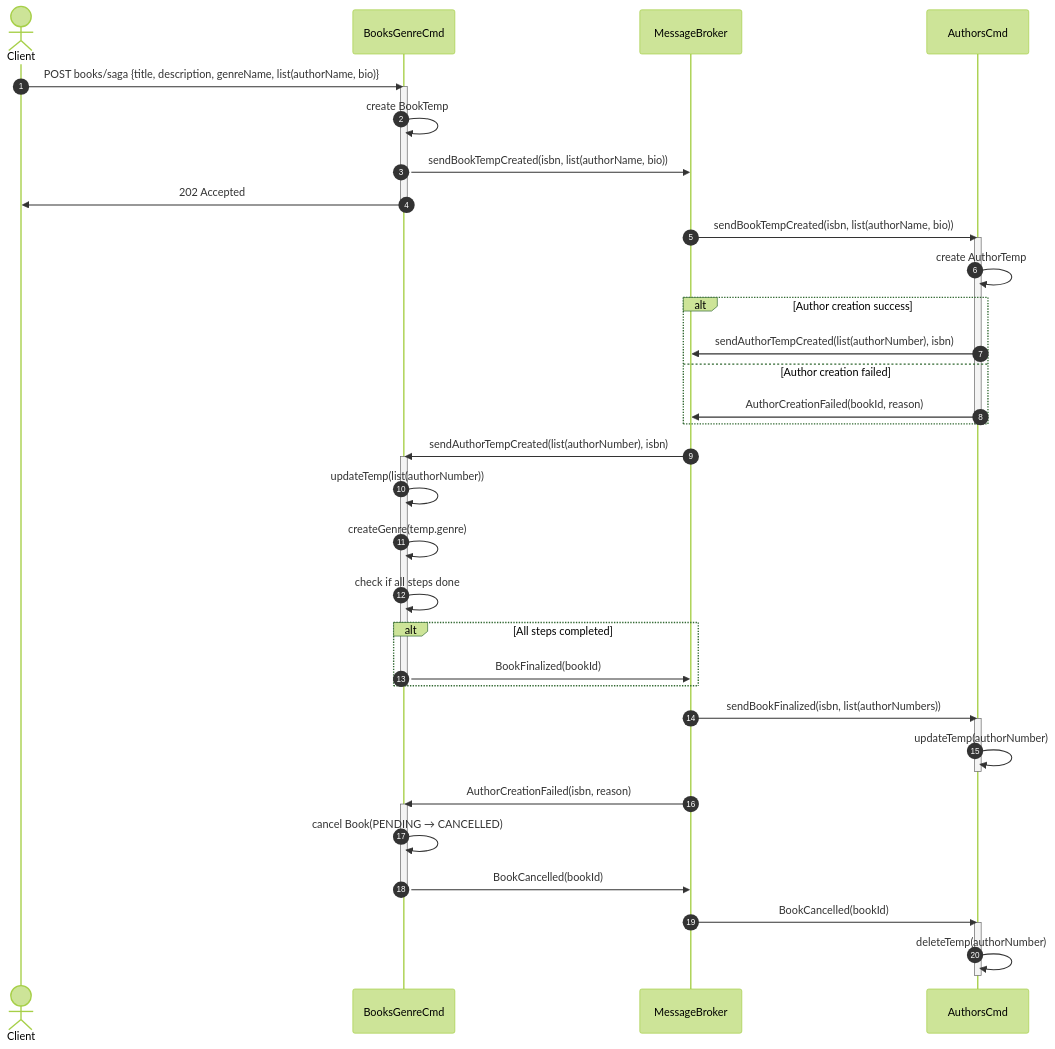
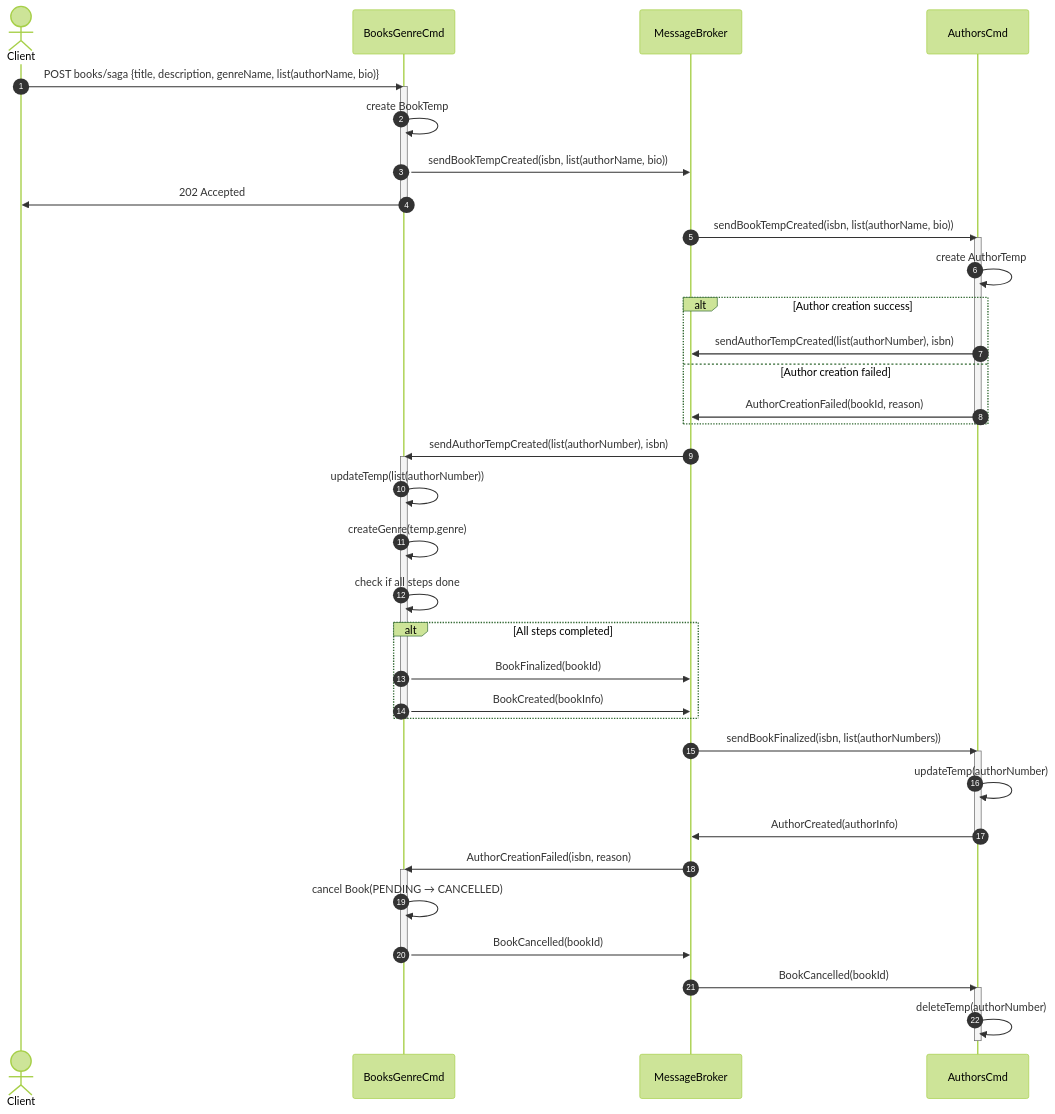
One commit to pfcosta02/mei-arqsoft-odsoft changed the diagram in Docs/ARQSOFT-Docs/Part2/ADD/US1.md. Above: the diagram before and after it, drawn with Mermaid (forest theme).

Commit message:
SD for US1 updated

````diff
--- a/Docs/ARQSOFT-Docs/Part2/ADD/US1.md
+++ b/Docs/ARQSOFT-Docs/Part2/ADD/US1.md
@@ -75,58 +75,60 @@
 ```mermaid
 sequenceDiagram
     autonumber
 
     actor Client
     participant BooksGenreCmd
     participant MessageBroker
     participant AuthorsCmd
 
     %% --- 1. Client triggers saga ---
     Client ->> BooksGenreCmd: POST books/saga {title, description, genreName, list(authorName, bio)}
     activate BooksGenreCmd
     BooksGenreCmd ->> BooksGenreCmd: create BookTemp
     BooksGenreCmd ->> MessageBroker: sendBookTempCreated(isbn, list(authorName, bio))
     BooksGenreCmd ->> Client: 202 Accepted
     deactivate BooksGenreCmd
 
     %% --- 2. AuthorsCmd reacts to BookRequested ---
     MessageBroker ->> AuthorsCmd: sendBookTempCreated(isbn, list(authorName, bio))
     activate AuthorsCmd
     AuthorsCmd ->> AuthorsCmd: create AuthorTemp
     alt Author creation success
         AuthorsCmd ->> MessageBroker: sendAuthorTempCreated(list(authorNumber), isbn)
     else Author creation failed
         AuthorsCmd ->> MessageBroker: AuthorCreationFailed(bookId, reason)
     end
     deactivate AuthorsCmd
 
     %% --- 4. BooksGenreCmd processes AuthorPendingCreated independently ---
     MessageBroker ->> BooksGenreCmd: sendAuthorTempCreated(list(authorNumber), isbn)
     activate BooksGenreCmd
     BooksGenreCmd ->> BooksGenreCmd: updateTemp(list(authorNumber))
     BooksGenreCmd ->> BooksGenreCmd: createGenre(temp.genre)
     BooksGenreCmd ->> BooksGenreCmd: check if all steps done
     alt All steps completed
       BooksGenreCmd ->> MessageBroker: BookFinalized(bookId)
+      BooksGenreCmd ->> MessageBroker: BookCreated(bookInfo)
     end
     deactivate BooksGenreCmd
 
     %% --- 6. AuthorsCmd finalizes pending author after BookFinalized ---
     MessageBroker ->> AuthorsCmd: sendBookFinalized(isbn, list(authorNumbers))
     activate AuthorsCmd
     AuthorsCmd ->> AuthorsCmd: updateTemp(authorNumber)
+    AuthorsCmd ->> MessageBroker: AuthorCreated(authorInfo)
     deactivate AuthorsCmd
 
     %% --- 8. COMPENSATION: Author creation failed ---
     MessageBroker ->> BooksGenreCmd: AuthorCreationFailed(isbn, reason)
     activate BooksGenreCmd
     BooksGenreCmd ->> BooksGenreCmd: cancel Book(PENDING → CANCELLED)
     BooksGenreCmd ->> MessageBroker: BookCancelled(bookId)
     deactivate BooksGenreCmd
 
     %% --- 10. AuthorsCmd rollback pending author ---
     MessageBroker ->> AuthorsCmd: BookCancelled(bookId)
     activate AuthorsCmd
     AuthorsCmd ->> AuthorsCmd: deleteTemp(authorNumber)
     deactivate AuthorsCmd
 ```
````
